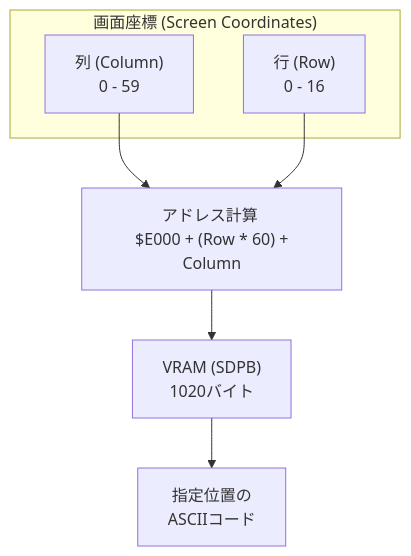
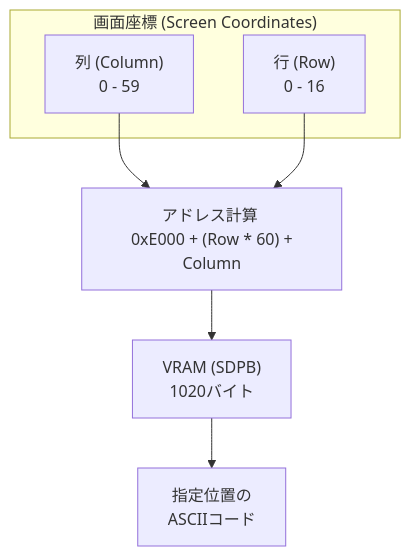
The second of 2 diagrams in day04_completed/README_ja.md (sokoide/tangnano_6502_cpu), drawn with Mermaid before and after one commit. The commit also changed other lines of this file and 11 other files, not shown here.

````diff
--- a/day04_completed/README_ja.md
+++ b/day04_completed/README_ja.md
@@ -150,11 +75,11 @@
 ```mermaid
 graph TD
     subgraph "画面座標 (Screen Coordinates)"
         C["列 (Column) <br/> 0 - 59"]
         R["行 (Row) <br/> 0 - 16"]
     end
-    C --> CALC["アドレス計算 <br/> $E000 + (Row * 60) + Column"]
+    C --> CALC["アドレス計算 <br/> 0xE000 + (Row * 60) + Column"]
     R --> CALC
     CALC --> VRAM["VRAM (SDPB) <br/> 1020バイト"]
     VRAM --> OUT["指定位置の <br/> ASCIIコード"]
 ```
````
